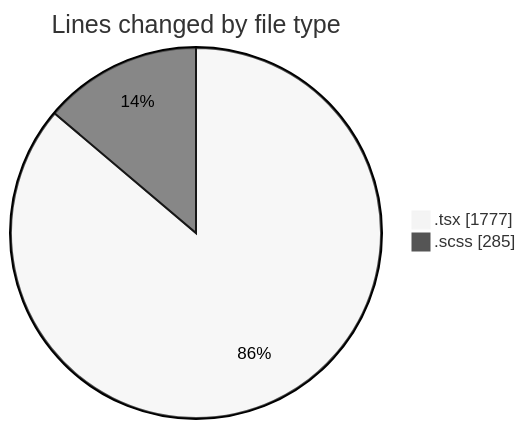
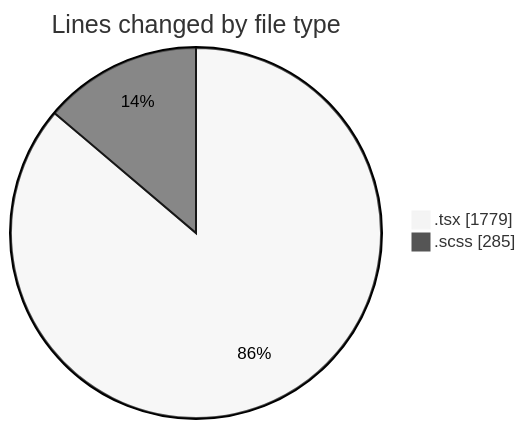
Before and after one commit to momahboobian/code-tracking: the first of 2 diagrams in 2026-02-25/cda/README.md, drawn with Mermaid (neutral theme). The commit also changed other lines of this file and 1 other file, not shown here.

````diff
--- a/2026-02-25/cda/README.md
+++ b/2026-02-25/cda/README.md
@@ -22,6 +22,6 @@
 ```mermaid
 pie showData
 title Lines changed by file type
-".tsx" : 1777
+".tsx" : 1779
 ".scss" : 285
 ```
````
